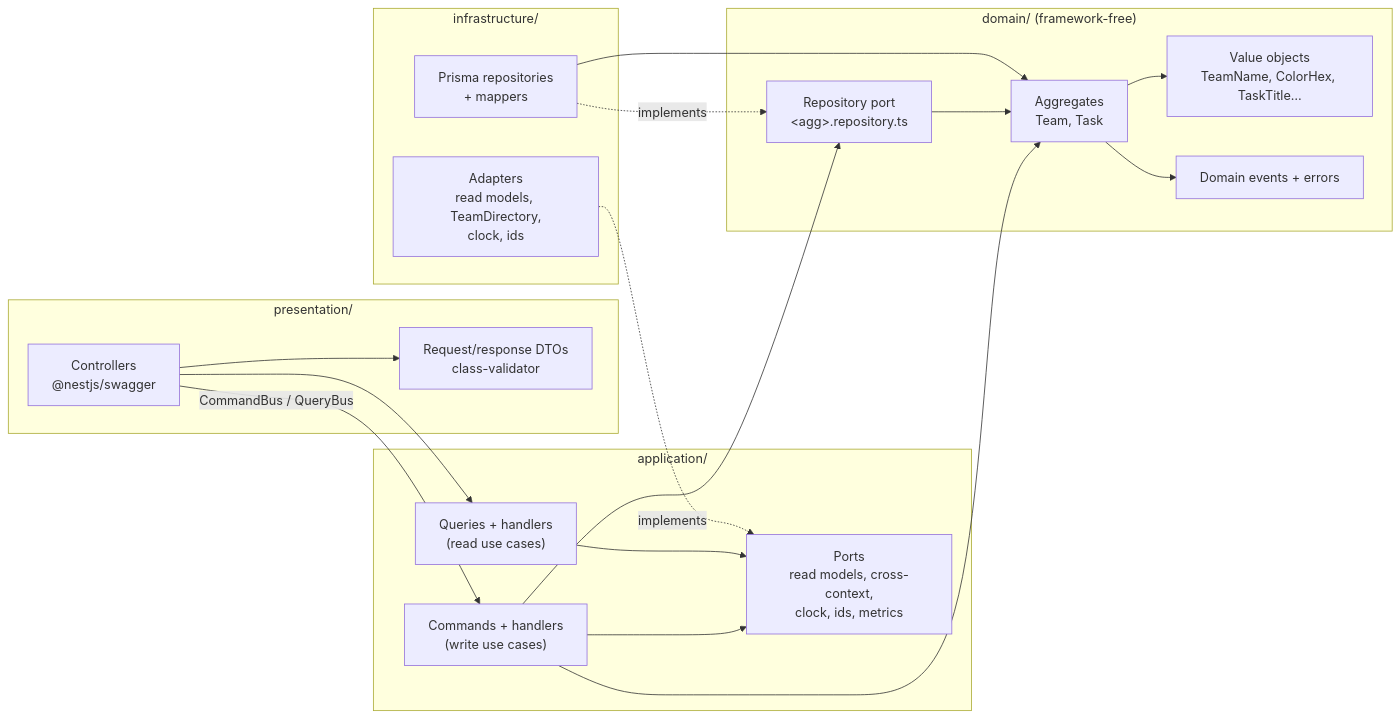
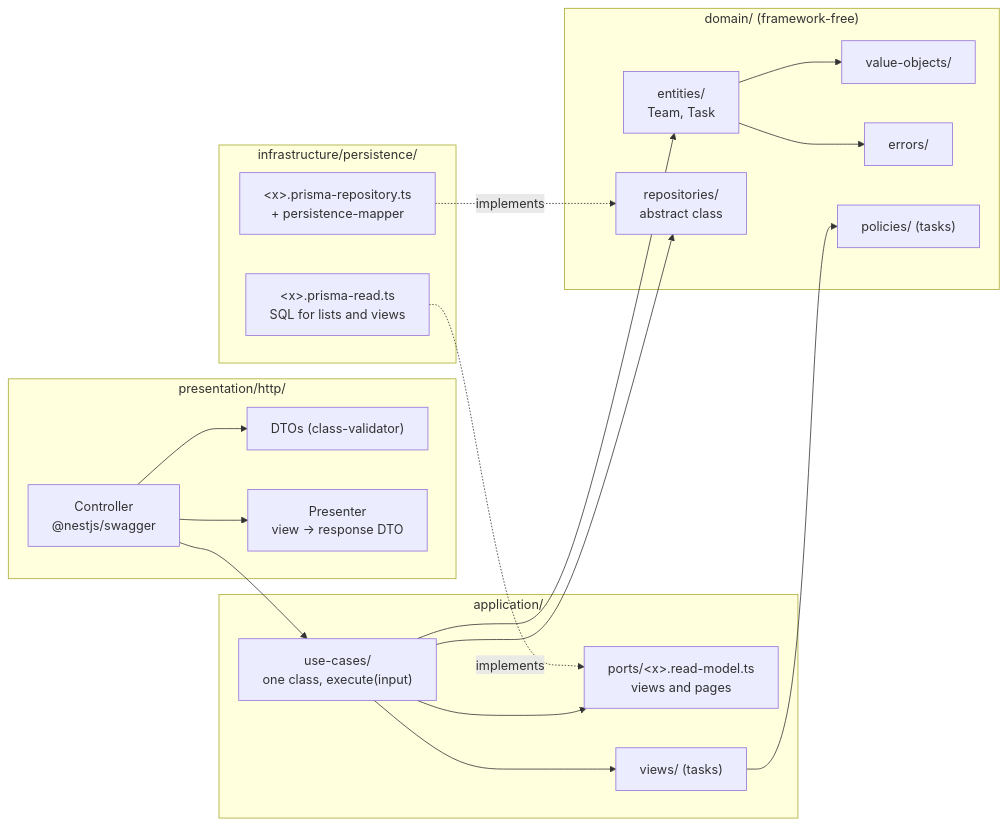
Before and after one commit to rodriguesdenis/hitss: the third of 4 diagrams in docs/architecture/overview.md, drawn with Mermaid. The commit also changed other lines of this file and 56 other files, not shown here.

````diff
--- a/docs/architecture/overview.md
+++ b/docs/architecture/overview.md
@@ -115,36 +64,37 @@
 ```mermaid
 flowchart LR
-  subgraph presentation["presentation/"]
-    ctrl["Controllers<br/>@nestjs/swagger"]
-    dto["Request/response DTOs<br/>class-validator"]
+  subgraph presentation["presentation/http/"]
+    ctrl["Controller<br/>@nestjs/swagger"]
+    dto["DTOs (class-validator)"]
+    pres["Presenter<br/>view → response DTO"]
   end
   subgraph application["application/"]
-    cmd["Commands + handlers<br/>(write use cases)"]
-    qry["Queries + handlers<br/>(read use cases)"]
-    ports["Ports<br/>read models, cross-context,<br/>clock, ids, metrics"]
+    uc["use-cases/<br/>one class, execute(input)"]
+    rm["ports/&lt;x&gt;.read-model.ts<br/>views and pages"]
+    views["views/ (tasks)"]
   end
   subgraph domain["domain/ (framework-free)"]
-    agg["Aggregates<br/>Team, Task"]
-    vo["Value objects<br/>TeamName, ColorHex, TaskTitle…"]
-    ev["Domain events + errors"]
-    rport["Repository port<br/>&lt;agg&gt;.repository.ts"]
+    ent["entities/<br/>Team, Task"]
+    vo["value-objects/"]
+    err["errors/"]
+    pol["policies/ (tasks)"]
+    repo["repositories/<br/>abstract class"]
   end
-  subgraph infrastructure["infrastructure/"]
-    repo["Prisma repositories<br/>+ mappers"]
-    adp["Adapters<br/>read models, TeamDirectory,<br/>clock, ids"]
+  subgraph infrastructure["infrastructure/persistence/"]
+    prepo["&lt;x&gt;.prisma-repository.ts<br/>+ persistence-mapper"]
+    pread["&lt;x&gt;.prisma-read.ts<br/>SQL for lists and views"]
   end
 
   ctrl --> dto
-  ctrl -- "CommandBus / QueryBus" --> cmd
-  ctrl --> qry
-  cmd --> agg
-  cmd --> rport
-  cmd --> ports
-  qry --> ports
-  agg --> vo
-  agg --> ev
-  rport --> agg
-  repo -. "implements" .-> rport
-  adp -. "implements" .-> ports
-  repo --> agg
+  ctrl --> uc
+  ctrl --> pres
+  uc --> ent
+  uc --> repo
+  uc --> rm
+  uc --> views
+  ent --> vo
+  ent --> err
+  views --> pol
+  prepo -. "implements" .-> repo
+  pread -. "implements" .-> rm
 ```
````
